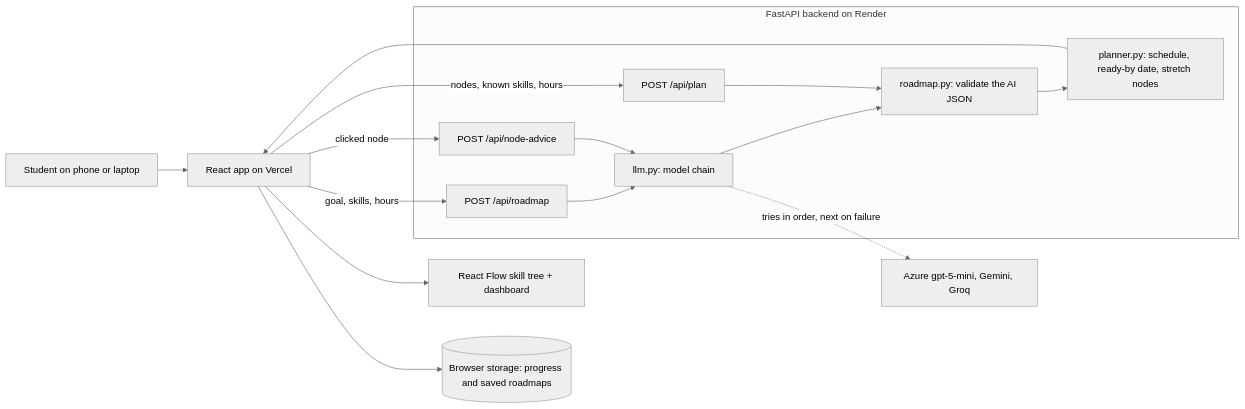
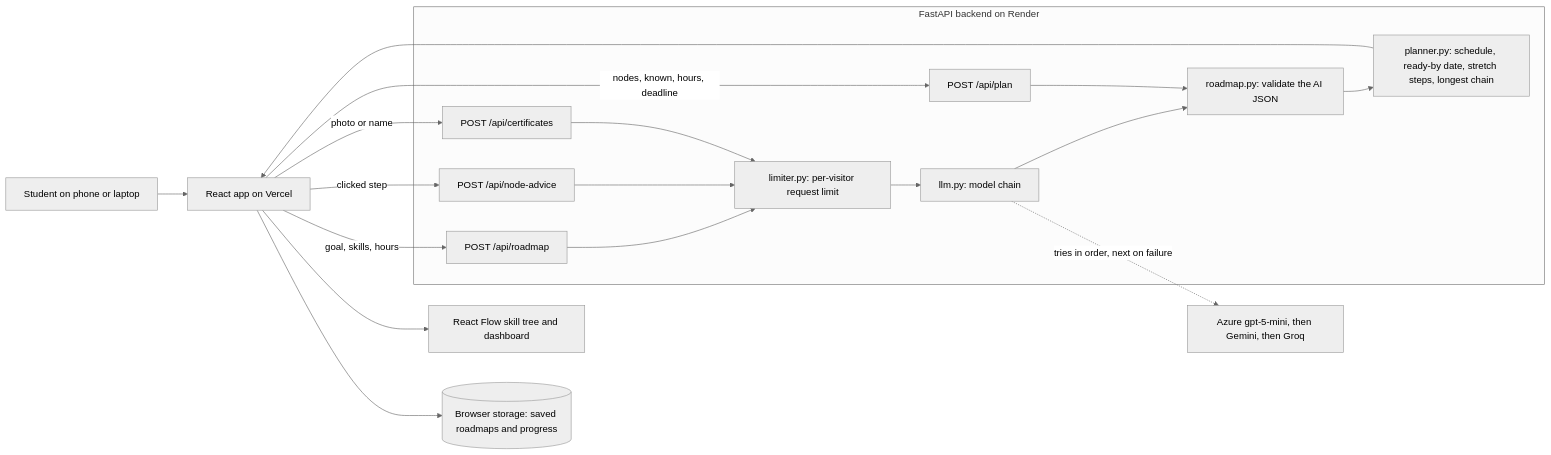
Before and after one commit to Aaliya-lynx/careermap: the diagram in README.md, drawn with Mermaid (neutral theme). The commit also changed other lines of this file and 4 other files, not shown here.

````diff
--- a/README.md
+++ b/README.md
@@ -17,18 +42,22 @@
 ```mermaid
 flowchart LR
     U[Student on phone or laptop] --> F[React app on Vercel]
     F -->|goal, skills, hours| R[POST /api/roadmap]
-    F -->|nodes, known skills, hours| P[POST /api/plan]
-    F -->|clicked node| A[POST /api/node-advice]
+    F -->|nodes, known, hours, deadline| P[POST /api/plan]
+    F -->|clicked step| A[POST /api/node-advice]
+    F -->|photo or name| C[POST /api/certificates]
     subgraph Backend [FastAPI backend on Render]
-        R --> L[llm.py: model chain]
+        L[limiter.py: per-visitor request limit]
+        R --> L
         A --> L
-        L --> V[roadmap.py: validate the AI JSON]
-        V --> PL[planner.py: schedule, ready-by date, stretch nodes]
+        C --> L
+        L --> M[llm.py: model chain]
+        M --> V[roadmap.py: validate the AI JSON]
         P --> V
+        V --> PL[planner.py: schedule, ready-by date, stretch steps, longest chain]
     end
-    L -. tries in order, next on failure .-> M[Azure gpt-5-mini, Gemini, Groq]
+    M -. tries in order, next on failure .-> X[Azure gpt-5-mini, then Gemini, then Groq]
     PL --> F
-    F --> G[React Flow skill tree + dashboard]
-    F --> S[(Browser storage: progress and saved roadmaps)]
+    F --> G[React Flow skill tree and dashboard]
+    F --> S[(Browser storage: saved roadmaps and progress)]
 ```
````
